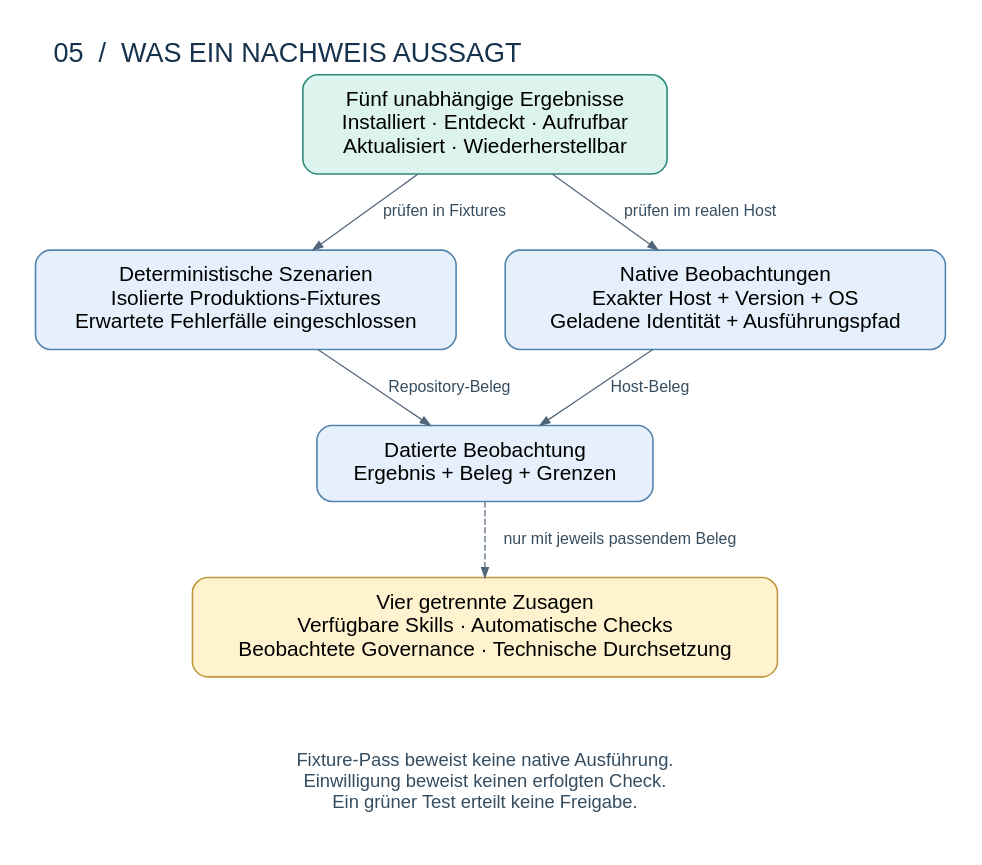
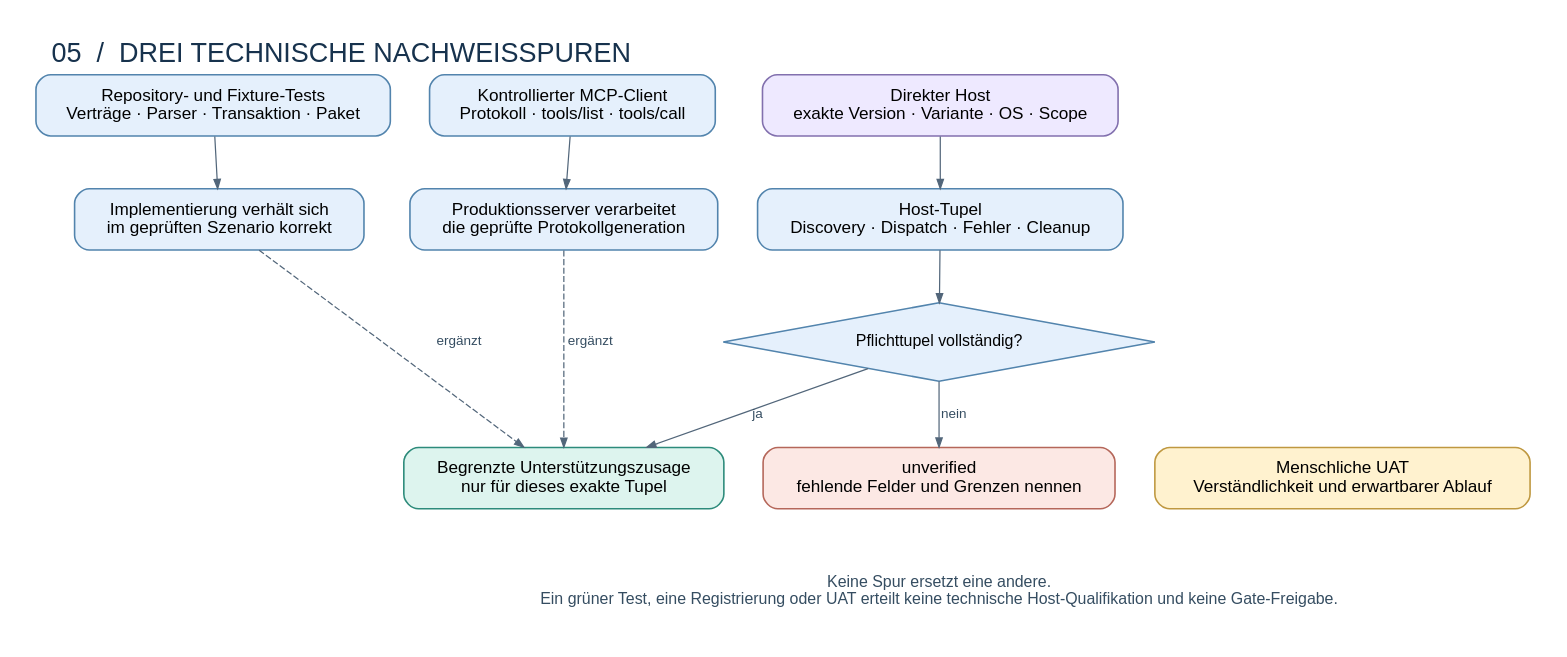
Before and after one commit to ArndtGold/ai-native-governance-delivery-framework: the diagram in docs/architecture/diagrams/05-evidence.dot, drawn with Graphviz. The commit also changed 16 other files, not shown here.

First line of the commit message:
docs: update AGDF architecture documentation and lifecycle diagrams

```diff
--- a/docs/architecture/diagrams/05-evidence.dot
+++ b/docs/architecture/diagrams/05-evidence.dot
@@ -1,18 +1,34 @@
 digraph evidence {
-  graph [rankdir=TB, bgcolor="white", pad=0.3, nodesep=0.55, ranksep=0.65, fontname="Helvetica", label="05  /  WAS EIN NACHWEIS AUSSAGT", labelloc=t, labeljust=l, fontsize=22, fontcolor="#17324D"];
-  node [shape=box, style="rounded,filled", color="#5284AD", fillcolor="#E5F0FC", fontname="Helvetica", fontsize=17, margin="0.22,0.17", penwidth=1.3];
-  edge [color="#52667A", arrowsize=0.8, fontname="Helvetica", fontsize=13, fontcolor="#354D61"];
-  outcomes [label="Fünf unabhängige Ergebnisse\nInstalliert · Entdeckt · Aufrufbar\nAktualisiert · Wiederherstellbar", fillcolor="#DDF4EE", color="#2D8B7B"];
-  fixtures [label="Deterministische Szenarien\nIsolierte Produktions-Fixtures\nErwartete Fehlerfälle eingeschlossen"];
-  native [label="Native Beobachtungen\nExakter Host + Version + OS\nGeladene Identität + Ausführungspfad"];
-  observed [label="Datierte Beobachtung\nErgebnis + Beleg + Grenzen"];
-  promises [label="Vier getrennte Zusagen\nVerfügbare Skills · Automatische Checks\nBeobachtete Governance · Technische Durchsetzung", fillcolor="#FFF2CF", color="#BF9840"];
-  boundary [label="Fixture-Pass beweist keine native Ausführung.\nEinwilligung beweist keinen erfolgten Check.\nEin grüner Test erteilt keine Freigabe.", shape=plaintext, fillcolor="white", fontcolor="#354D61", fontsize=15];
-  outcomes -> fixtures [label="prüfen in Fixtures"];
-  outcomes -> native [label="prüfen im realen Host"];
-  fixtures -> observed [label="Repository-Beleg"];
-  native -> observed [label="Host-Beleg"];
-  observed -> promises [label="nur mit jeweils passendem Beleg", style=dashed];
-  promises -> boundary [style=invis];
-  {rank=same; fixtures; native;}
+  graph [rankdir=TB, bgcolor="white", pad=0.3, nodesep=0.45, ranksep=0.58, fontname="Helvetica", label="05  /  DREI TECHNISCHE NACHWEISSPUREN", labelloc=t, labeljust=l, fontsize=22, fontcolor="#17324D"];
+  node [shape=box, style="rounded,filled", color="#5284AD", fillcolor="#E5F0FC", fontname="Helvetica", fontsize=14, margin="0.19,0.14", penwidth=1.3];
+  edge [color="#52667A", arrowsize=0.75, fontname="Helvetica", fontsize=11, fontcolor="#354D61"];
+
+  repository [label="Repository- und Fixture-Tests\nVerträge · Parser · Transaktion · Paket"];
+  protocol [label="Kontrollierter MCP-Client\nProtokoll · tools/list · tools/call"];
+  host [label="Direkter Host\nexakte Version · Variante · OS · Scope", fillcolor="#EEE9FF", color="#8270AE"];
+
+  repo_claim [label="Implementierung verhält sich\nim geprüften Szenario korrekt"];
+  protocol_claim [label="Produktionsserver verarbeitet\ndie geprüfte Protokollgeneration"];
+  host_record [label="Host-Tupel\nDiscovery · Dispatch · Fehler · Cleanup"];
+  complete [label="Pflichttupel vollständig?", shape=diamond, style=filled, fontsize=13, margin=0.12];
+  qualified [label="Begrenzte Unterstützungszusage\nnur für dieses exakte Tupel", fillcolor="#DDF4EE", color="#2D8B7B"];
+  unverified [label="unverified\nfehlende Felder und Grenzen nennen", fillcolor="#FCE8E4", color="#B5675A"];
+  uat [label="Menschliche UAT\nVerständlichkeit und erwartbarer Ablauf", fillcolor="#FFF2CF", color="#BF9840"];
+  boundary [label="Keine Spur ersetzt eine andere.\nEin grüner Test, eine Registrierung oder UAT erteilt keine technische Host-Qualifikation und keine Gate-Freigabe.", shape=plaintext, fillcolor="white", fontcolor="#354D61", fontsize=13];
+
+  repository -> repo_claim;
+  protocol -> protocol_claim;
+  host -> host_record;
+  host_record -> complete;
+  complete -> qualified [label="ja"];
+  complete -> unverified [label="nein"];
+  repo_claim -> qualified [label="ergänzt", style=dashed];
+  protocol_claim -> qualified [label="ergänzt", style=dashed];
+  uat -> boundary [style=invis];
+  qualified -> boundary [style=invis];
+  unverified -> boundary [style=invis];
+
+  {rank=same; repository; protocol; host;}
+  {rank=same; repo_claim; protocol_claim; host_record;}
+  {rank=same; qualified; unverified; uat;}
 }
```
